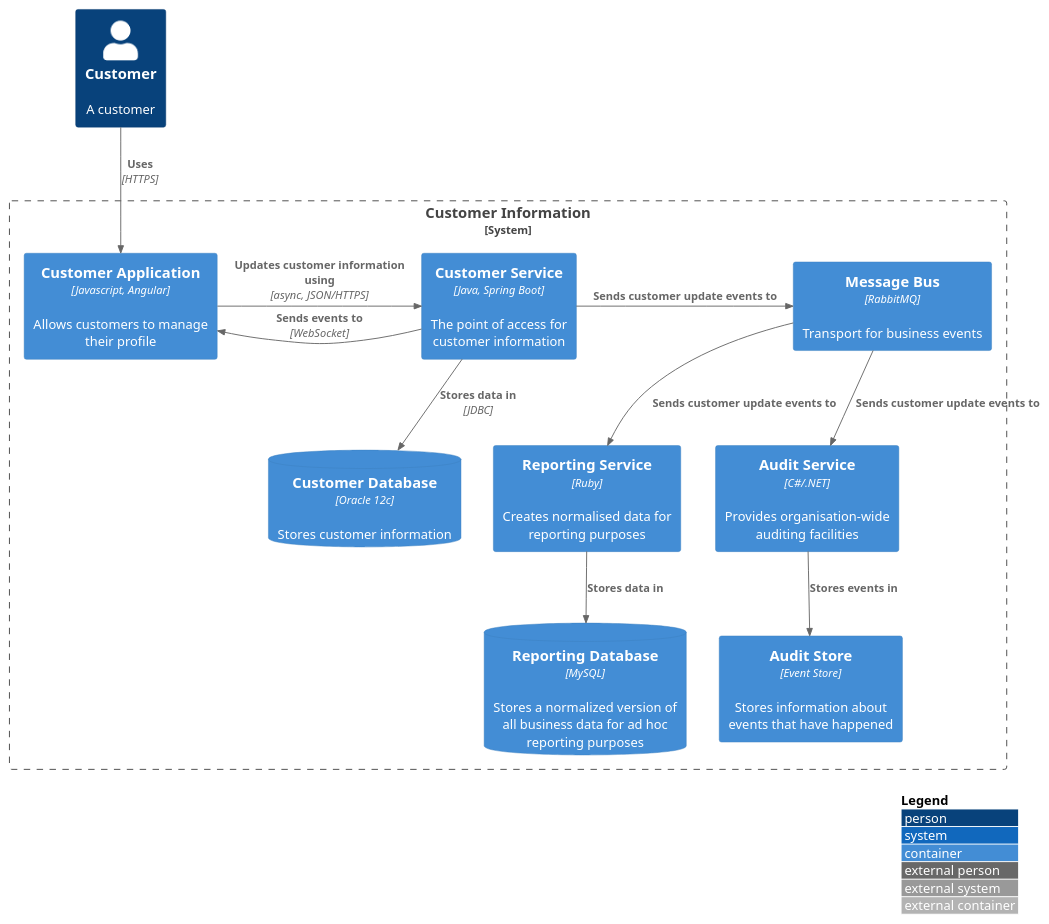
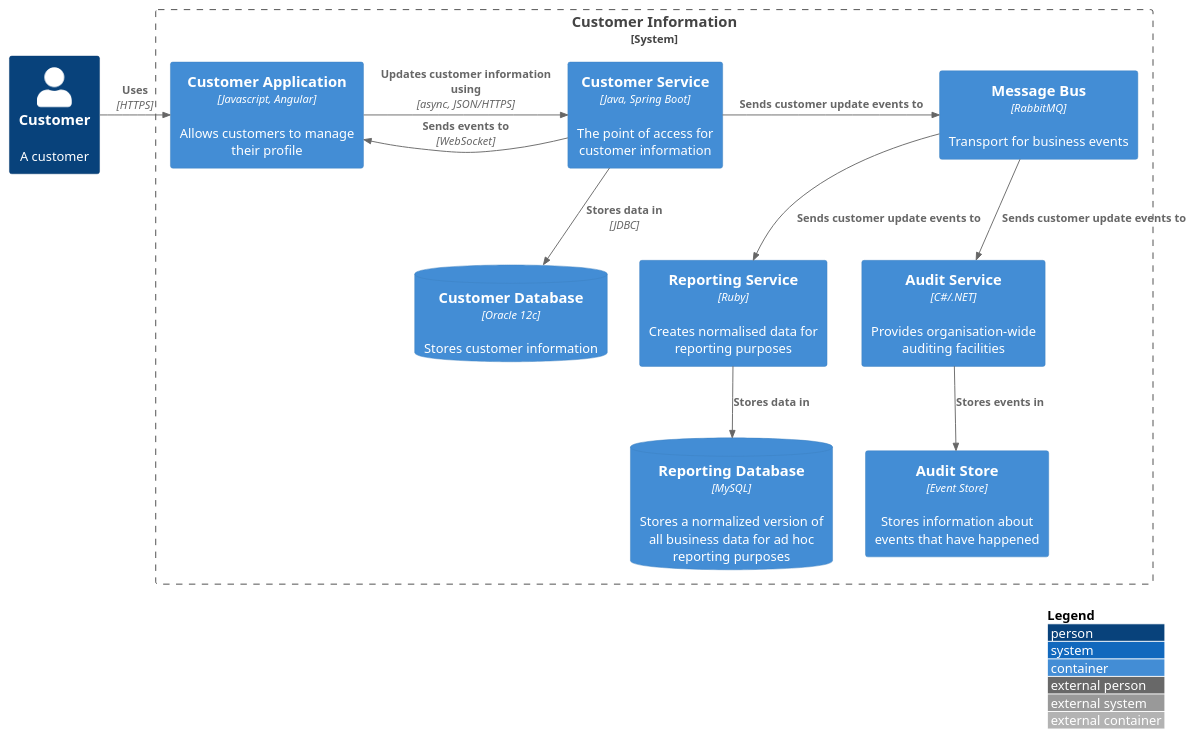
Before and after one commit to SMG-semagarinos/SMG-semagarinos: the diagram in PlantUML/Ejemplo.wsd, drawn with PlantUML. The commit also changed 5 other files, not shown here.

```diff
--- a/PlantUML/Ejemplo.wsd
+++ b/PlantUML/Ejemplo.wsd
@@ -1,43 +1,47 @@
-@startuml "messagebus"
+@startuml "GeneracionQR"
 !include https://raw.githubusercontent.com/plantuml-stdlib/C4-PlantUML/master/C4_Container.puml
 ' uncomment the following line and comment the first to use locally
 ' !include C4_Container.puml
 
 skinparam wrapWidth 200
 skinparam maxMessageSize 200
 
 LAYOUT_TOP_DOWN()
+'### Vista como dibujado.
 'LAYOUT_AS_SKETCH()
 LAYOUT_WITH_LEGEND()
 
 
 Person(customer, Customer, "A customer")
 
 System_Boundary(c1, "Customer Information") {
     Container(app, "Customer Application", "Javascript, Angular", "Allows customers to manage their profile")
     Container(customer_service, "Customer Service", "Java, Spring Boot", "The point of access for customer information")
     Container(message_bus, "Message Bus", "RabbitMQ", "Transport for business events")
     Container(reporting_service, "Reporting Service", "Ruby", "Creates normalised data for reporting purposes")
     Container(audit_service, "Audit Service", "C#/.NET", "Provides organisation-wide auditing facilities")
     ContainerDb(customer_db, "Customer Database", "Oracle 12c", "Stores customer information")
     ContainerDb(reporting_db, "Reporting Database", "MySQL", "Stores a normalized version of all business data for ad hoc reporting purposes")
     Container(audit_store, "Audit Store", "Event Store", "Stores information about events that have happened")
 }
 
-Rel(customer, app, "Uses", "HTTPS")
+
+'### Relaciones!
+
+Rel_R(customer, app, "Uses", "HTTPS")
 
 Rel_R(app, customer_service, "Updates customer information using", "async, JSON/HTTPS")
 
 Rel_L(customer_service, app, "Sends events to", "WebSocket")
 Rel_R(customer_service, message_bus, "Sends customer update events to")
 Rel(customer_service, customer_db, "Stores data in", "JDBC")
 
 Rel(message_bus, reporting_service, "Sends customer update events to")
 Rel(message_bus, audit_service, "Sends customer update events to")
 
 Rel(reporting_service, reporting_db, "Stores data in")
 Rel(audit_service, audit_store, "Stores events in")
 
 Lay_R(reporting_service, audit_service)
 
 @enduml
```
